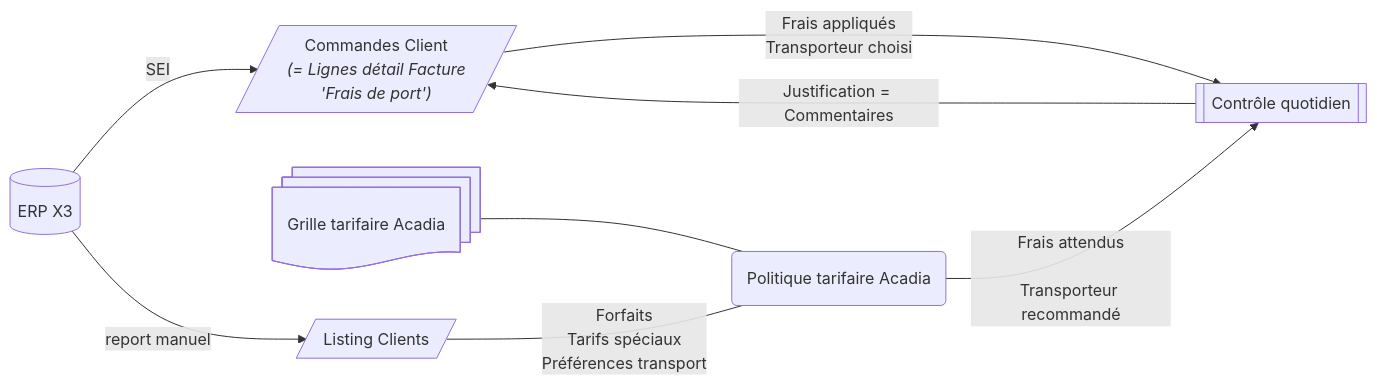
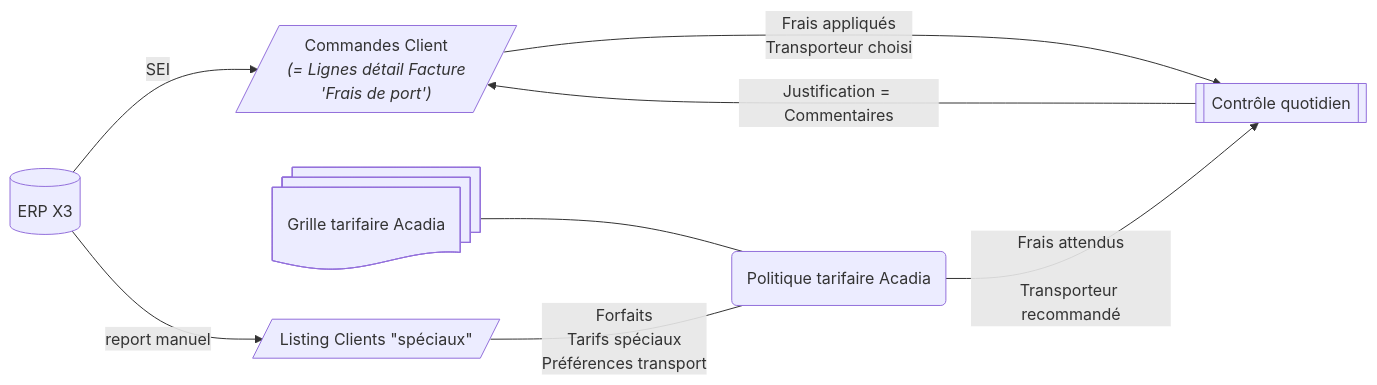
One commit to Acadia-Informatique/ComptaTransport changed the first of 3 diagrams in README.md. Above: the diagram before and after it, drawn with Mermaid. The commit also changed other lines of this file, not shown here.

Commit message:
Update README.md with diagrams

````diff
--- a/README.md
+++ b/README.md
@@ -24,29 +24,29 @@
 ```mermaid
 flowchart LR
 X3[(ERP X3)]
 Factures[/"`Commandes Client
 		*(= Lignes détail Facture
 		'Frais de port')* `"/]
 GrilleAca[Grille tarifaire Acadia]
 GrilleAca@{shape: docs}
-Clients[/Listing Clients/]
+Clients[/Listing Clients "spéciaux"/]
 Tarifs(Politique tarifaire Acadia)
 Controle[[Contrôle quotidien]]
 
 
 X3 -- SEI --> Factures
 X3 -- report manuel --> Clients
 
 GrilleAca --- Tarifs
 Clients -- "`Forfaits
 			Tarifs spéciaux
 			Préférences transport`" --- Tarifs
 
 Factures -- "`Frais appliqués
 				Transporteur choisi`" --> Controle
 
 Tarifs -- "`Frais attendus
 				Transporteur recommandé `" --> Controle
 
 Controle --->|Justification = Commentaires | Factures
 ```
````
